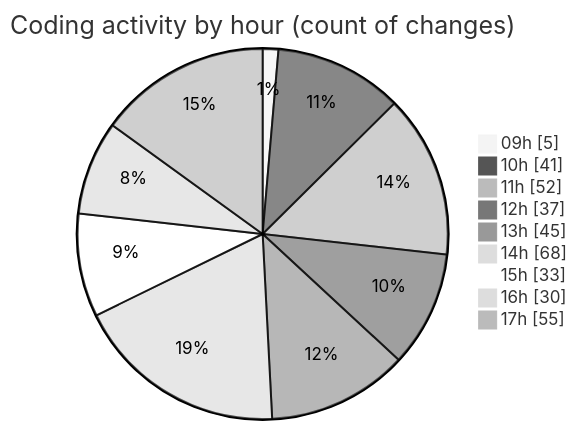
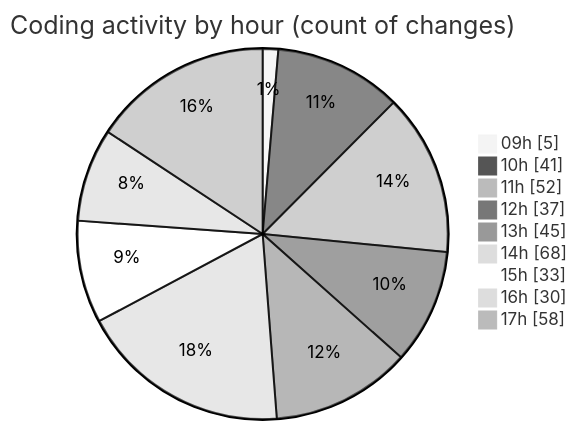
One commit to momahboobian/code-tracking changed the second of 2 diagrams in 2026-04-27/cda/README.md. Above: the diagram before and after it, drawn with Mermaid (neutral theme). The commit also changed other lines of this file and 1 other file, not shown here.

````diff
--- a/2026-04-27/cda/README.md
+++ b/2026-04-27/cda/README.md
@@ -68,13 +68,13 @@
 ```mermaid
 pie showData
 title Coding activity by hour (count of changes)
 "09h" : 5
 "10h" : 41
 "11h" : 52
 "12h" : 37
 "13h" : 45
 "14h" : 68
 "15h" : 33
 "16h" : 30
-"17h" : 55
+"17h" : 58
 ```
````
